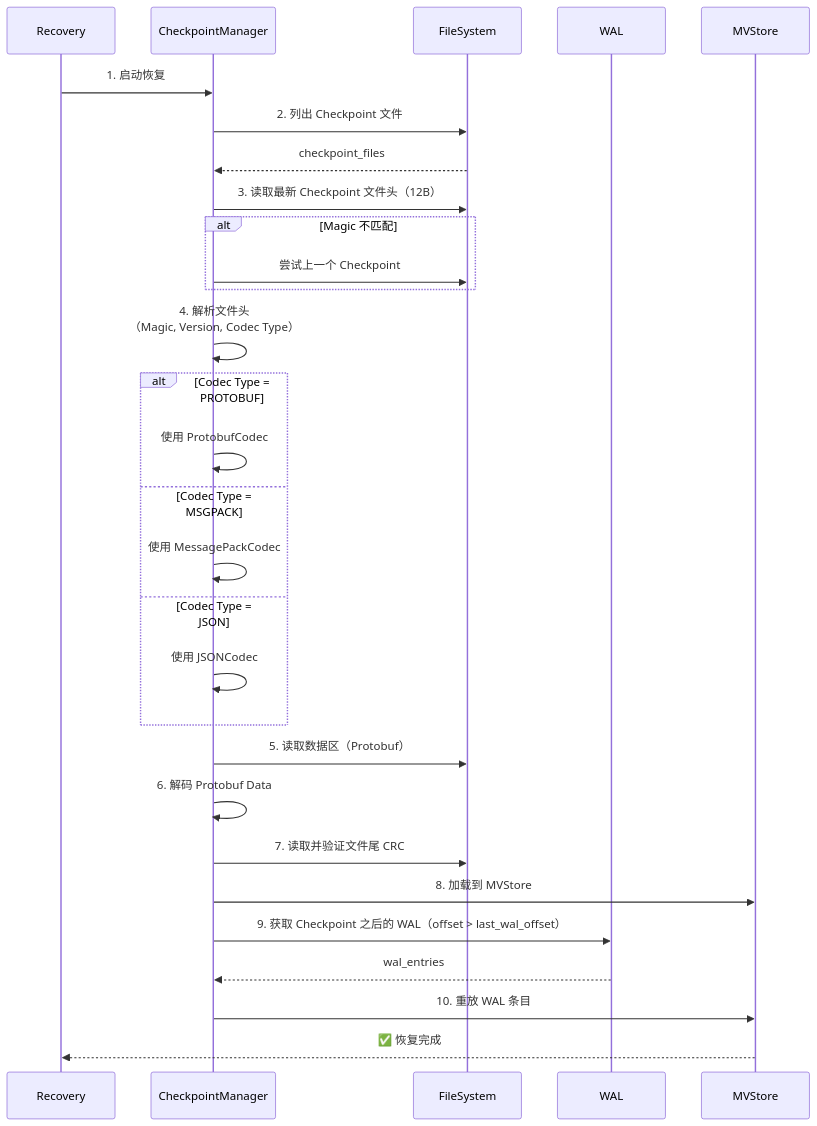
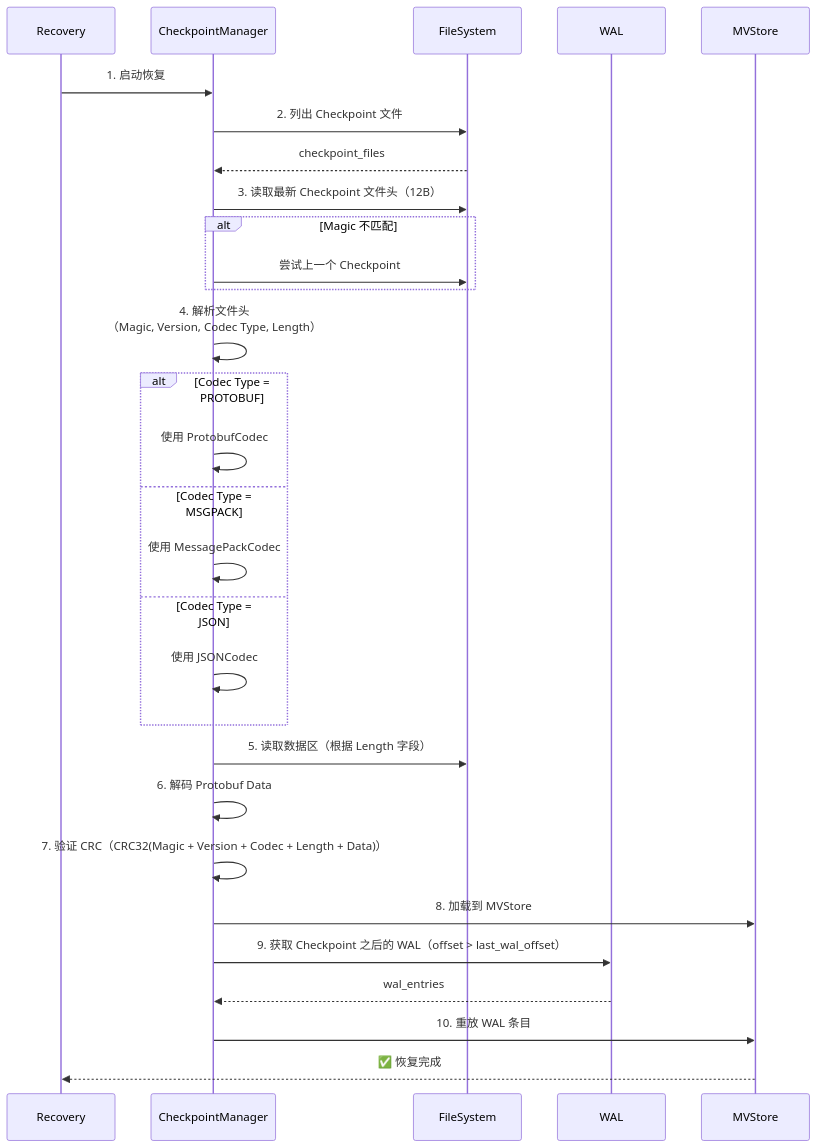
Before and after one commit to jzhang405/NexKV: the sixth of 8 diagrams in docs/06_project_management/pr_documents/feature/2026-01-19_PR-003_WAL_Checkpoint_机制实现_Pre.md, drawn with Mermaid. The commit also changed other lines of this file, not shown here.

First line of the commit message:
docs(pr-003): 更新所有图表为两段式格式

````diff
--- a/docs/06_project_management/pr_documents/feature/2026-01-19_PR-003_WAL_Checkpoint_机制实现_Pre.md
+++ b/docs/06_project_management/pr_documents/feature/2026-01-19_PR-003_WAL_Checkpoint_机制实现_Pre.md
@@ -314,43 +310,43 @@
 ```mermaid
 sequenceDiagram
     participant R as Recovery
     participant CM as CheckpointManager
     participant FS as FileSystem
     participant WAL as WAL
     participant MV as MVStore
 
     R->>CM: 1. 启动恢复
 
     CM->>FS: 2. 列出 Checkpoint 文件
     FS-->>CM: checkpoint_files
 
     CM->>FS: 3. 读取最新 Checkpoint 文件头（12B）
 
     alt Magic 不匹配
         CM->>FS: 尝试上一个 Checkpoint
     end
 
-    CM->>CM: 4. 解析文件头<br/>（Magic, Version, Codec Type）
+    CM->>CM: 4. 解析文件头<br/>（Magic, Version, Codec Type, Length）
 
     alt Codec Type = PROTOBUF
         CM->>CM: 使用 ProtobufCodec
     else Codec Type = MSGPACK
         CM->>CM: 使用 MessagePackCodec
     else Codec Type = JSON
         CM->>CM: 使用 JSONCodec
     end
 
-    CM->>FS: 5. 读取数据区（Protobuf）
+    CM->>FS: 5. 读取数据区（根据 Length 字段）
     CM->>CM: 6. 解码 Protobuf Data
 
-    CM->>FS: 7. 读取并验证文件尾 CRC
+    CM->>CM: 7. 验证 CRC（CRC32(Magic + Version + Codec + Length + Data)）
 
     CM->>MV: 8. 加载到 MVStore
 
     CM->>WAL: 9. 获取 Checkpoint 之后的 WAL（offset > last_wal_offset）
     WAL-->>CM: wal_entries
 
     CM->>MV: 10. 重放 WAL 条目
 
     MV-->>R: ✅ 恢复完成
 ```
````
